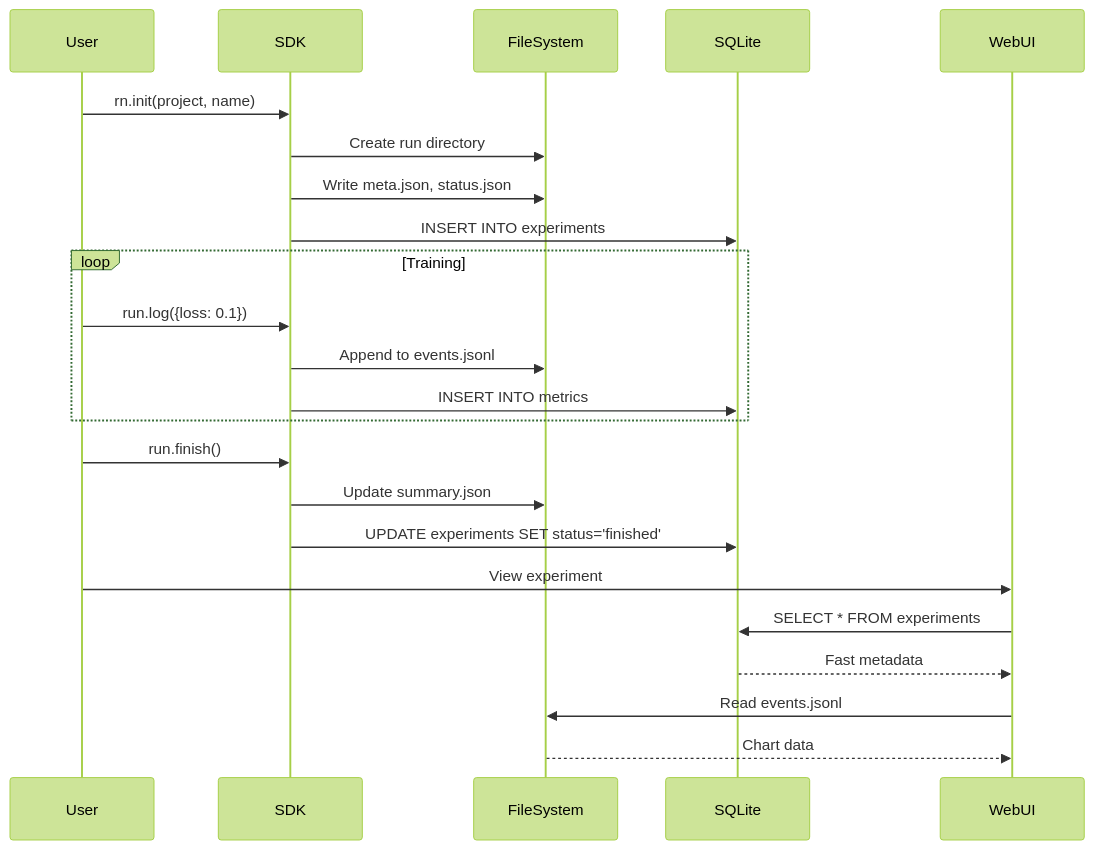
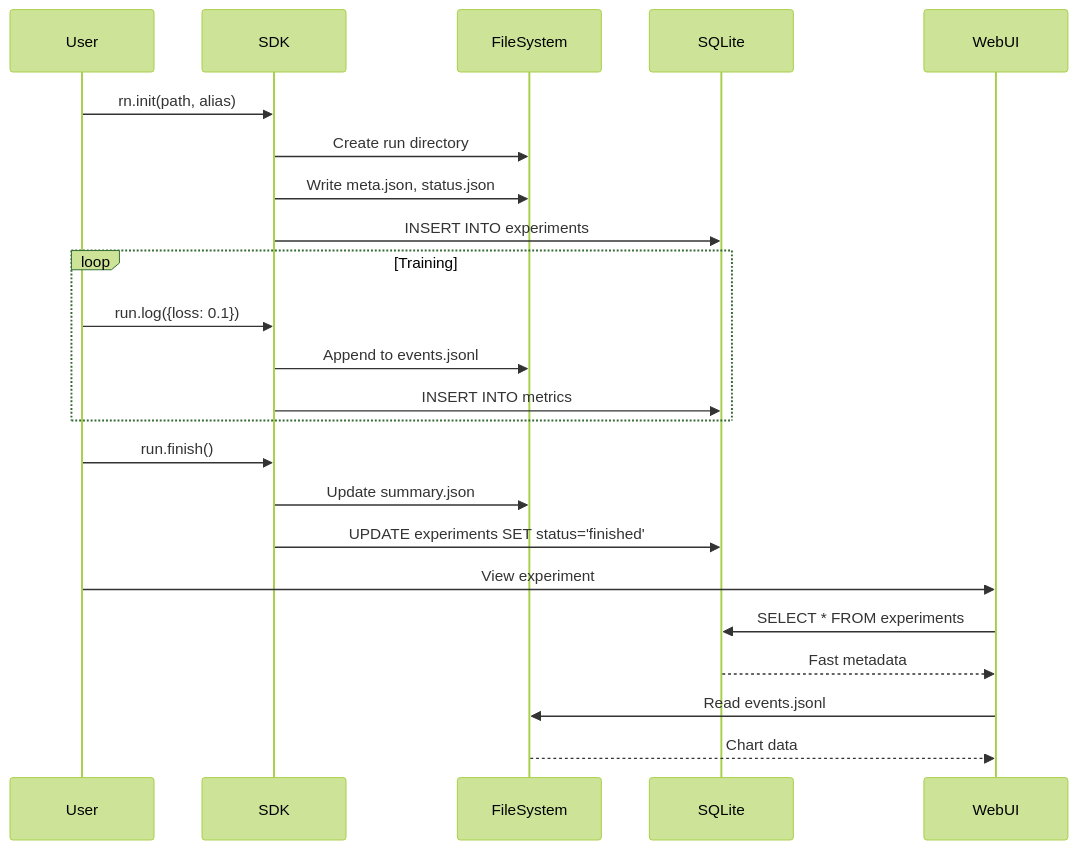
One commit to Skydoge-zjm/Runicorn changed the diagram in docs/architecture/en/DATA_FLOW.md. Above: the diagram before and after it, drawn with Mermaid (forest theme). The commit also changed other lines of this file and 55 other files, not shown here.

````diff
--- a/docs/architecture/en/DATA_FLOW.md
+++ b/docs/architecture/en/DATA_FLOW.md
@@ -14,29 +14,29 @@
 ```mermaid
 sequenceDiagram
     participant User
     participant SDK
     participant FileSystem
     participant SQLite
     participant WebUI
 
-    User->>SDK: rn.init(project, name)
+    User->>SDK: rn.init(path, alias)
     SDK->>FileSystem: Create run directory
     SDK->>FileSystem: Write meta.json, status.json
     SDK->>SQLite: INSERT INTO experiments
-    
+
     loop Training
         User->>SDK: run.log({loss: 0.1})
         SDK->>FileSystem: Append to events.jsonl
         SDK->>SQLite: INSERT INTO metrics
     end
-    
+
     User->>SDK: run.finish()
     SDK->>FileSystem: Update summary.json
     SDK->>SQLite: UPDATE experiments SET status='finished'
-    
+
     User->>WebUI: View experiment
     WebUI->>SQLite: SELECT * FROM experiments
     SQLite-->>WebUI: Fast metadata
     WebUI->>FileSystem: Read events.jsonl
     FileSystem-->>WebUI: Chart data
 ```
````
